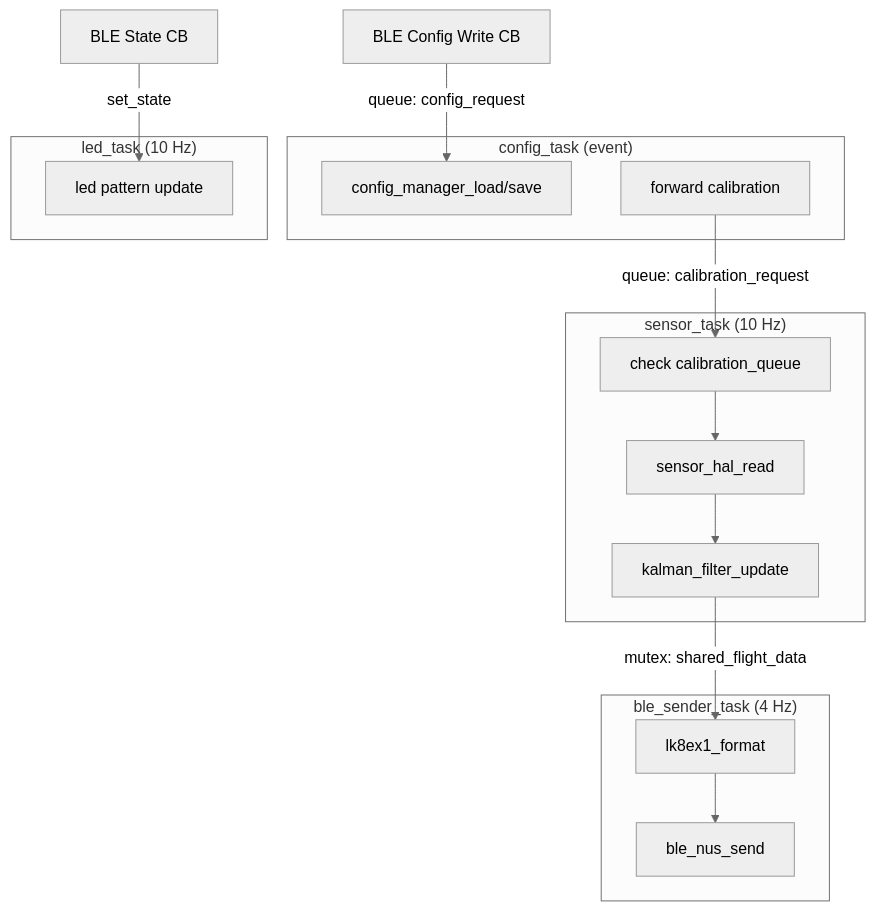
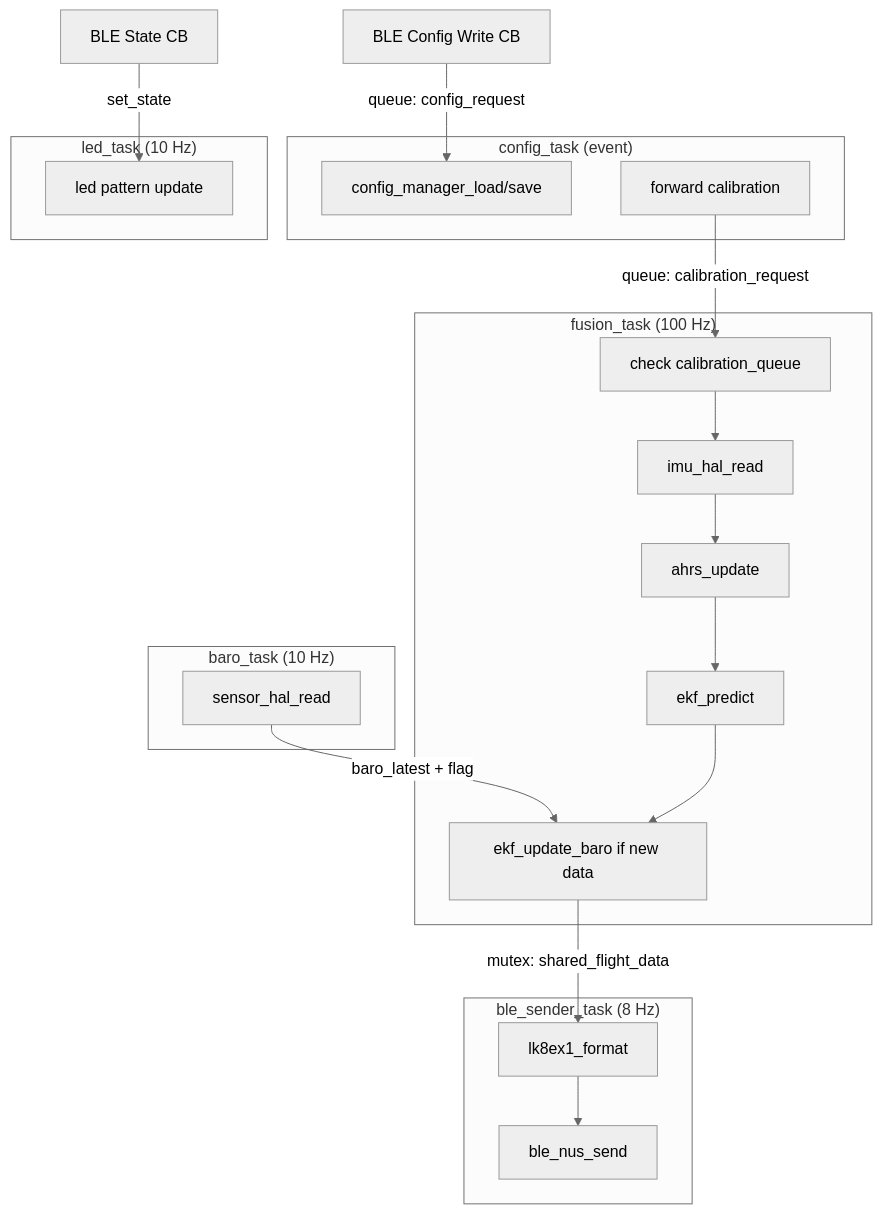
One commit to vabarcaPWR/esp-fly-in-peace changed the first of 4 diagrams in docs/architecture/firmware-architecture.md. Above: the diagram before and after it, drawn with Mermaid (neutral theme). The commit also changed other lines of this file and 2 other files, not shown here.

Commit message:
Add IMU an new filter

````diff
--- a/docs/architecture/firmware-architecture.md
+++ b/docs/architecture/firmware-architecture.md
@@ -801,31 +940,40 @@
 ```mermaid
 graph TB
-    subgraph "sensor_task (10 Hz)"
-        S0[check calibration_queue]
-        S1[sensor_hal_read]
-        S2[kalman_filter_update]
+    subgraph "fusion_task (100 Hz)"
+        F0[check calibration_queue]
+        F1[imu_hal_read]
+        F2[ahrs_update]
+        F3[ekf_predict]
+        F4[ekf_update_baro if new data]
     end
 
-    subgraph "ble_sender_task (4 Hz)"
+    subgraph "baro_task (10 Hz)"
+        S1[sensor_hal_read]
+    end
+
+    subgraph "ble_sender_task (8 Hz)"
         B1[lk8ex1_format]
         B2[ble_nus_send]
     end
 
     subgraph "config_task (event)"
         C1[config_manager_load/save]
         C2[forward calibration]
     end
 
     subgraph "led_task (10 Hz)"
         L1[led pattern update]
     end
 
-    S0 --> S1
-    S1 --> S2
-    S2 -->|mutex: shared_flight_data| B1
+    S1 -->|baro_latest + flag| F4
+    F0 --> F1
+    F1 --> F2
+    F2 --> F3
+    F3 --> F4
+    F4 -->|mutex: shared_flight_data| B1
     B1 --> B2
 
     BLE_RX[BLE Config Write CB] -->|queue: config_request| C1
-    C2 -->|queue: calibration_request| S0
+    C2 -->|queue: calibration_request| F0
     BLE_STATE[BLE State CB] -->|set_state| L1
 ```
````
